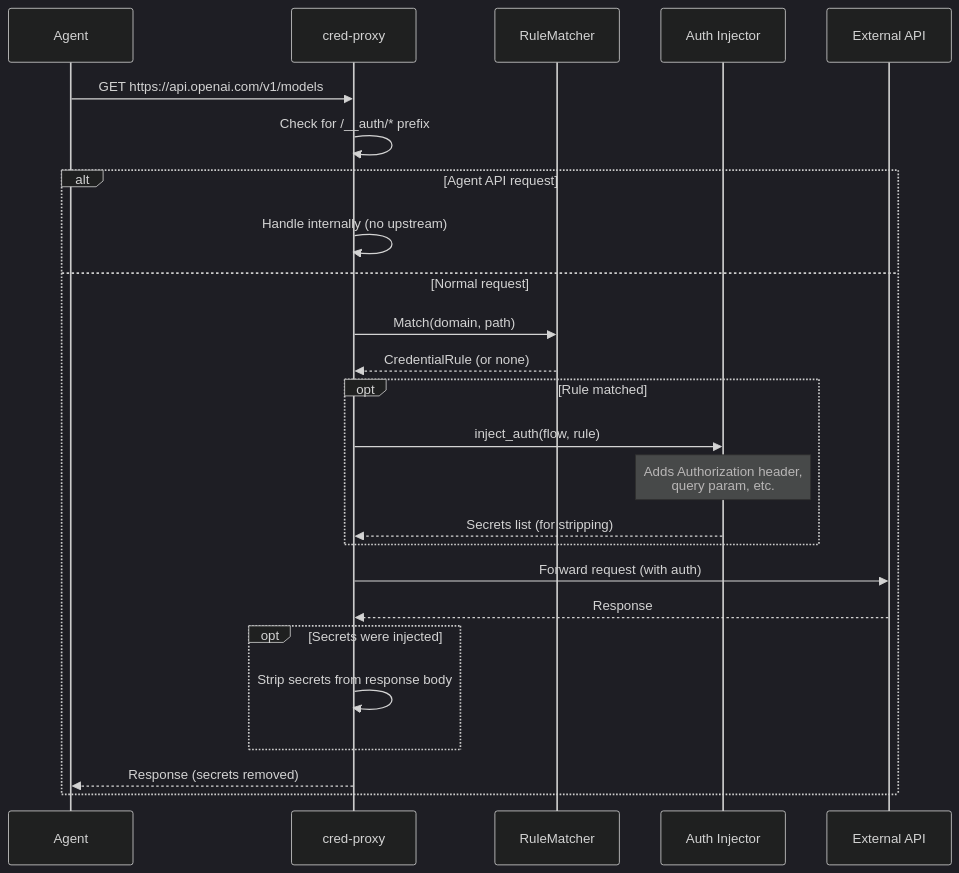
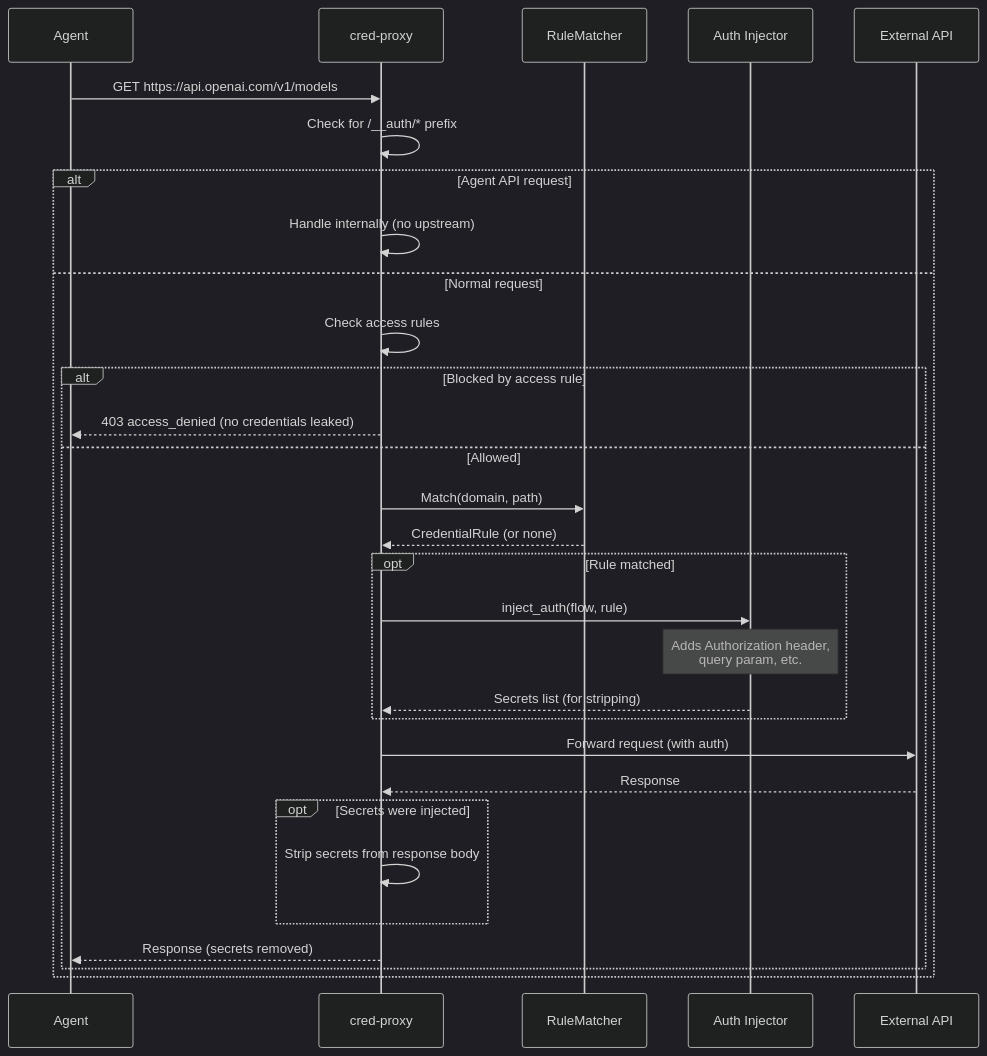
The second of 3 diagrams in docs/architecture.md (Zorro909/cred-proxy), drawn with Mermaid (dark theme) before and after one commit. The commit also changed other lines of this file and 9 other files, not shown here.

````diff
--- a/docs/architecture.md
+++ b/docs/architecture.md
@@ -61,33 +66,38 @@
 ```mermaid
 sequenceDiagram
     participant Agent
     participant Proxy as cred-proxy
     participant Matcher as RuleMatcher
     participant Injector as Auth Injector
     participant API as External API
 
     Agent->>Proxy: GET https://api.openai.com/v1/models
     Proxy->>Proxy: Check for /__auth/* prefix
 
     alt Agent API request
         Proxy->>Proxy: Handle internally (no upstream)
     else Normal request
+        Proxy->>Proxy: Check access rules
+        alt Blocked by access rule
+            Proxy-->>Agent: 403 access_denied (no credentials leaked)
+        else Allowed
         Proxy->>Matcher: Match(domain, path)
         Matcher-->>Proxy: CredentialRule (or none)
 
         opt Rule matched
             Proxy->>Injector: inject_auth(flow, rule)
             Note over Injector: Adds Authorization header,<br/>query param, etc.
             Injector-->>Proxy: Secrets list (for stripping)
         end
 
         Proxy->>API: Forward request (with auth)
         API-->>Proxy: Response
 
         opt Secrets were injected
             Proxy->>Proxy: Strip secrets from response body
         end
 
         Proxy-->>Agent: Response (secrets removed)
+        end
     end
 ```
````
